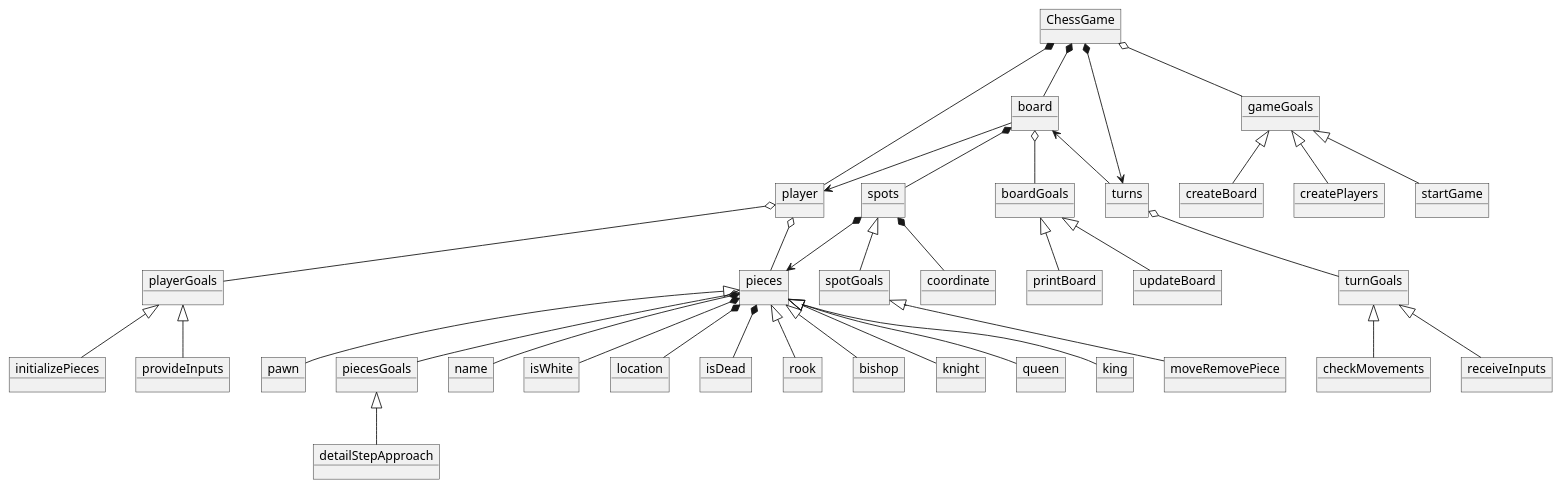
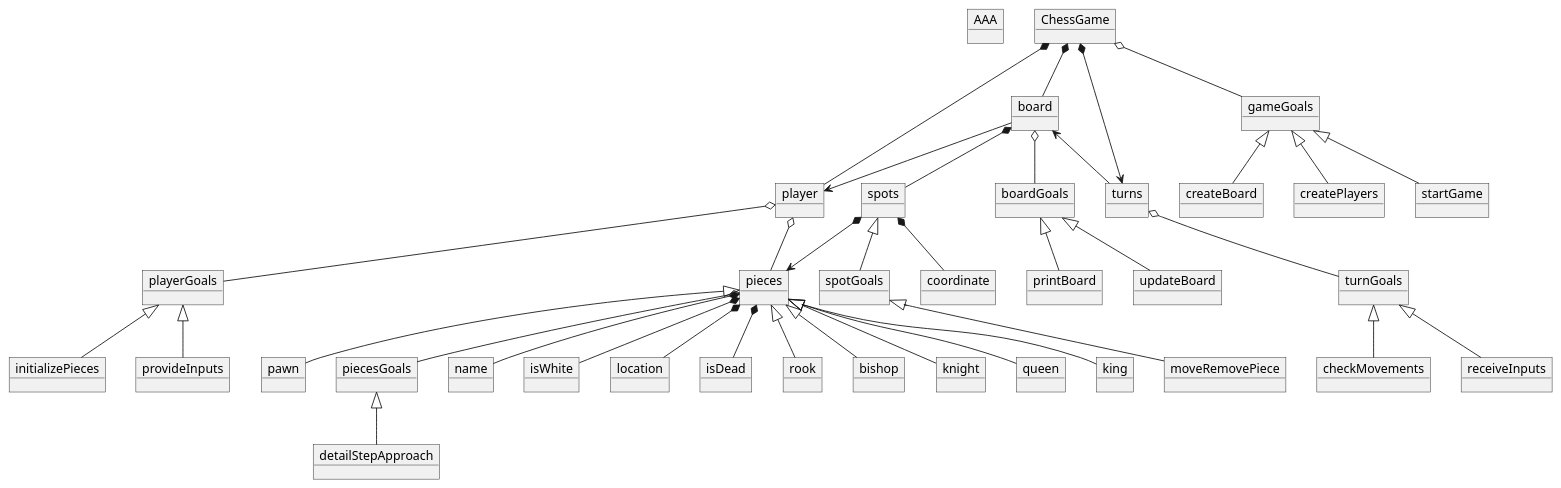
One commit to danlopz7/Chess-Game changed the diagram in docs/domain-diagram.wsd. Above: the diagram before and after it, drawn with PlantUML.

Commit message:
test commit

```diff
--- a/docs/domain-diagram.wsd
+++ b/docs/domain-diagram.wsd
@@ -1,92 +1,93 @@
 @startuml ClassDiagram
 
+object AAA
 object ChessGame
 object board
 object player
 object spots
 object coordinate
 object pieces
 object rook
 object bishop
 object knight
 object queen
 object king
 object pawn
 object turns
 
 object turnGoals
 object checkMovements
 object receiveInputs
 
 object piecesGoals
 object detailStepApproach
 object name
 object isWhite
 object location
 object isDead
 
 object playerGoals
 object provideInputs
 object initializePieces
 
 object spotGoals
 object moveRemovePiece
 
 object boardGoals
 object printBoard
 object updateBoard
 
 object gameGoals
 object startGame
 object createBoard
 object createPlayers
 
 
 ChessGame *-- player
 ChessGame *--> turns
 ChessGame o-- gameGoals
 ChessGame *-- board
 
 player o-- playerGoals
 player o-- pieces
 
 playerGoals <|-- provideInputs
 playerGoals <|--initializePieces
 
 board o-- boardGoals
 board *-- spots
 boardGoals <|-- printBoard
 boardGoals <|-- updateBoard
 
 spots *--> pieces
 spots *-- coordinate
 spots <|-- spotGoals
 spotGoals <|-- moveRemovePiece
 
 gameGoals <|-- createBoard
 gameGoals <|-- startGame
 gameGoals <|-- createPlayers
 
 turns o-- turnGoals
 turnGoals <|-- checkMovements
 turnGoals <|-- receiveInputs
 
 pieces *-- name
 pieces *-- isWhite
 pieces *-- location
 pieces *-- isDead
 
 pieces <|-- rook
 pieces <|-- bishop
 pieces <|-- knight
 pieces <|-- queen
 pieces <|-- king
 pieces <|-- pawn
 
 board <-- turns
 board --> player
 
 pieces o-- piecesGoals
 piecesGoals <|-- detailStepApproach
 
 @enduml
```
